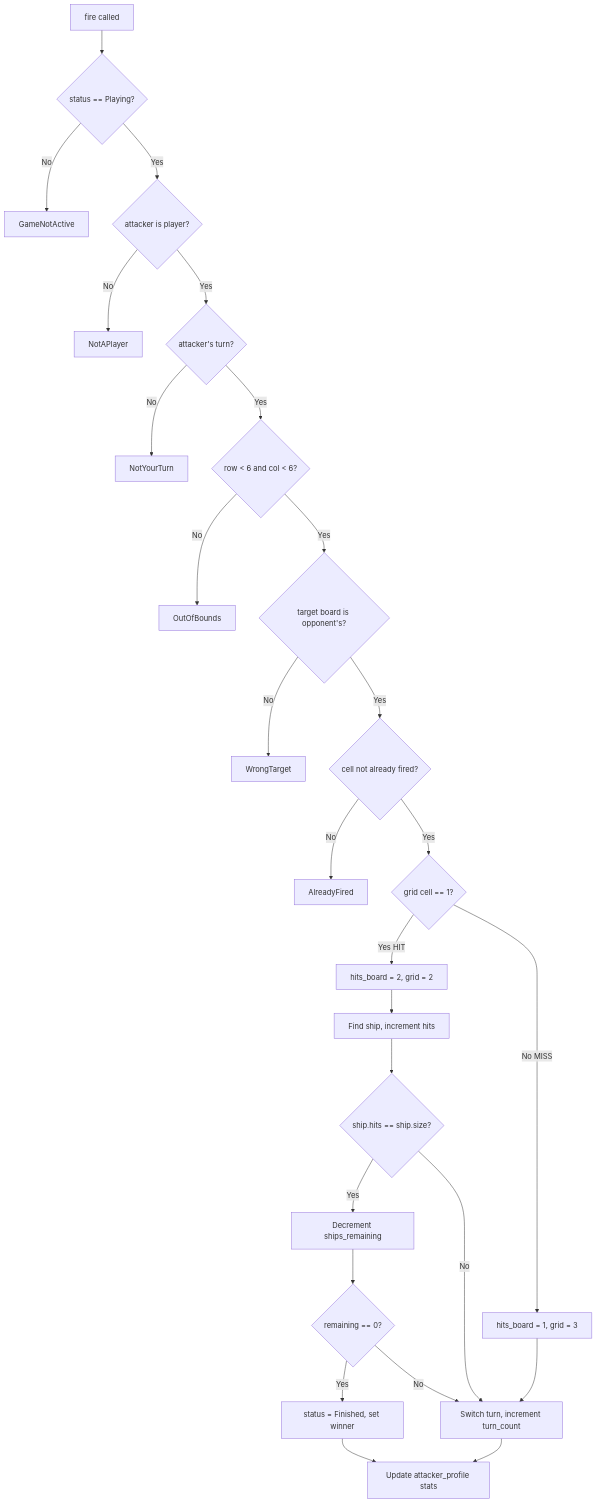
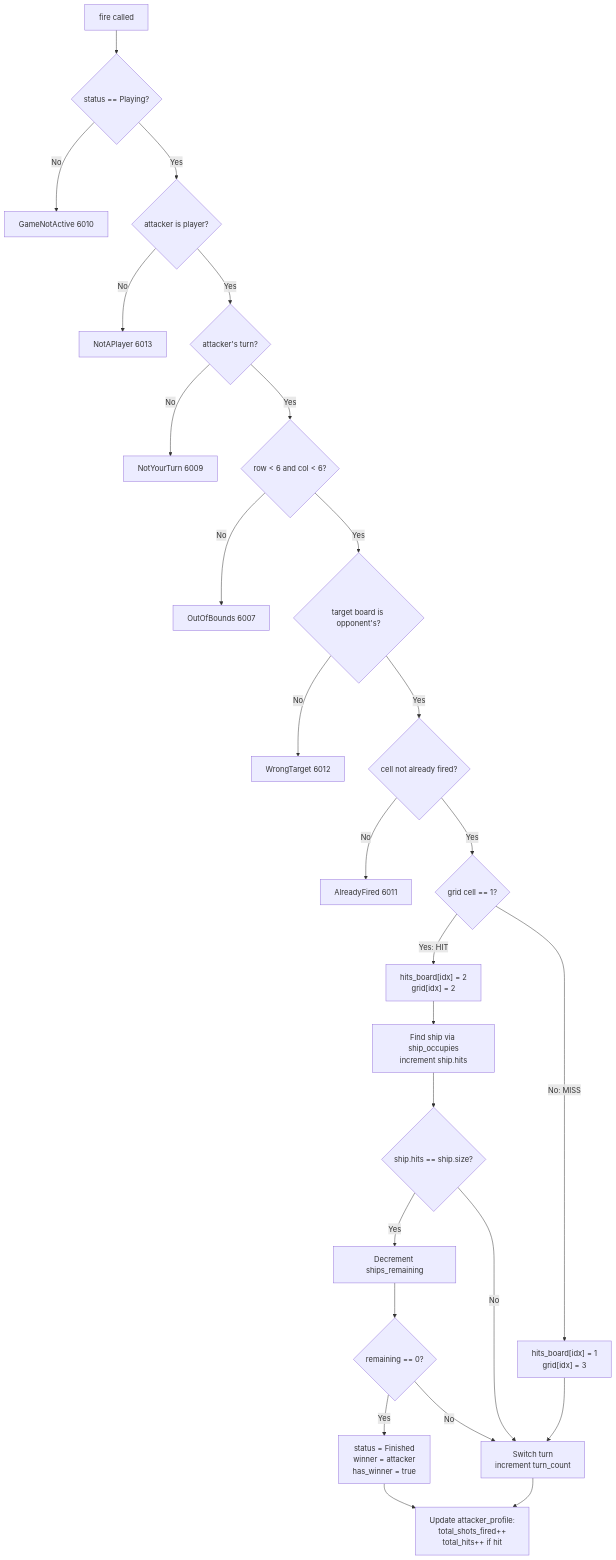
One commit to Andy00L/private-battleship changed the seventh of 10 diagrams in ARCHITECTURE.md. Above: the diagram before and after it, drawn with Mermaid. The commit also changed other lines of this file and 3 other files, not shown here.

````diff
--- a/ARCHITECTURE.md
+++ b/ARCHITECTURE.md
@@ -238,28 +275,28 @@
 ```mermaid
 flowchart TD
     START[fire called] --> V1{status == Playing?}
-    V1 -->|No| ERR1[GameNotActive]
+    V1 -->|No| ERR1[GameNotActive 6010]
     V1 -->|Yes| V2{attacker is player?}
-    V2 -->|No| ERR2[NotAPlayer]
+    V2 -->|No| ERR2[NotAPlayer 6013]
     V2 -->|Yes| V3{attacker's turn?}
-    V3 -->|No| ERR3[NotYourTurn]
+    V3 -->|No| ERR3[NotYourTurn 6009]
     V3 -->|Yes| V4{row < 6 and col < 6?}
-    V4 -->|No| ERR4[OutOfBounds]
+    V4 -->|No| ERR4[OutOfBounds 6007]
     V4 -->|Yes| V5{target board is opponent's?}
-    V5 -->|No| ERR5[WrongTarget]
+    V5 -->|No| ERR5[WrongTarget 6012]
     V5 -->|Yes| V6{cell not already fired?}
-    V6 -->|No| ERR6[AlreadyFired]
+    V6 -->|No| ERR6[AlreadyFired 6011]
     V6 -->|Yes| CHECK{grid cell == 1?}
-    CHECK -->|Yes HIT| HIT[hits_board = 2, grid = 2]
-    CHECK -->|No MISS| MISS[hits_board = 1, grid = 3]
-    HIT --> SHIP[Find ship, increment hits]
+    CHECK -->|Yes: HIT| HIT["hits_board[idx] = 2<br/>grid[idx] = 2"]
+    CHECK -->|No: MISS| MISS["hits_board[idx] = 1<br/>grid[idx] = 3"]
+    HIT --> SHIP[Find ship via ship_occupies<br/>increment ship.hits]
     SHIP --> SUNK{ship.hits == ship.size?}
     SUNK -->|Yes| DEC[Decrement ships_remaining]
     SUNK -->|No| TURN
     DEC --> WIN{remaining == 0?}
-    WIN -->|Yes| FINISH[status = Finished, set winner]
+    WIN -->|Yes| FINISH[status = Finished<br/>winner = attacker<br/>has_winner = true]
     WIN -->|No| TURN
-    MISS --> TURN[Switch turn, increment turn_count]
-    TURN --> STATS[Update attacker_profile stats]
+    MISS --> TURN[Switch turn<br/>increment turn_count]
+    TURN --> STATS[Update attacker_profile:<br/>total_shots_fired++<br/>total_hits++ if hit]
     FINISH --> STATS
 ```
````
